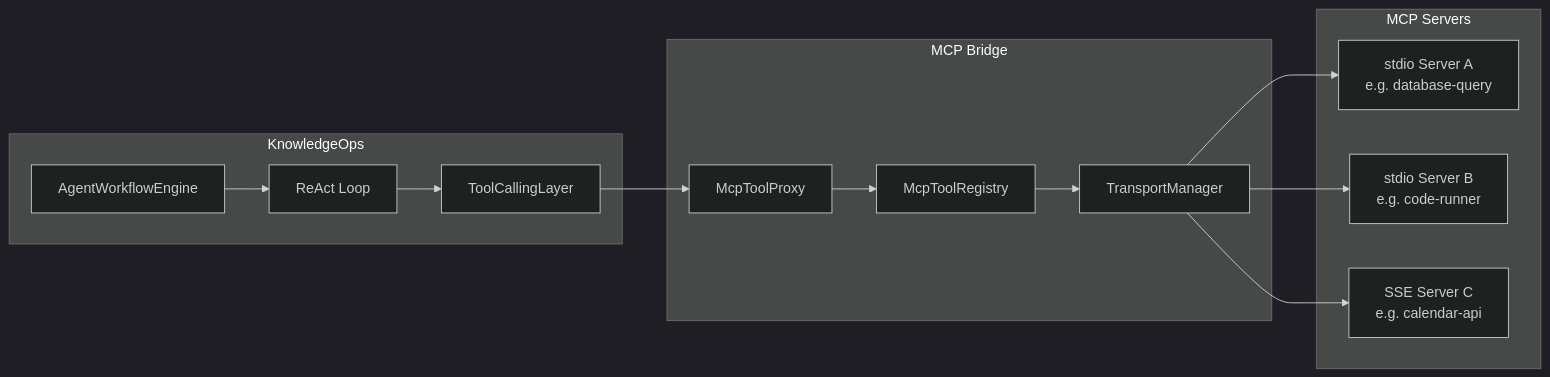
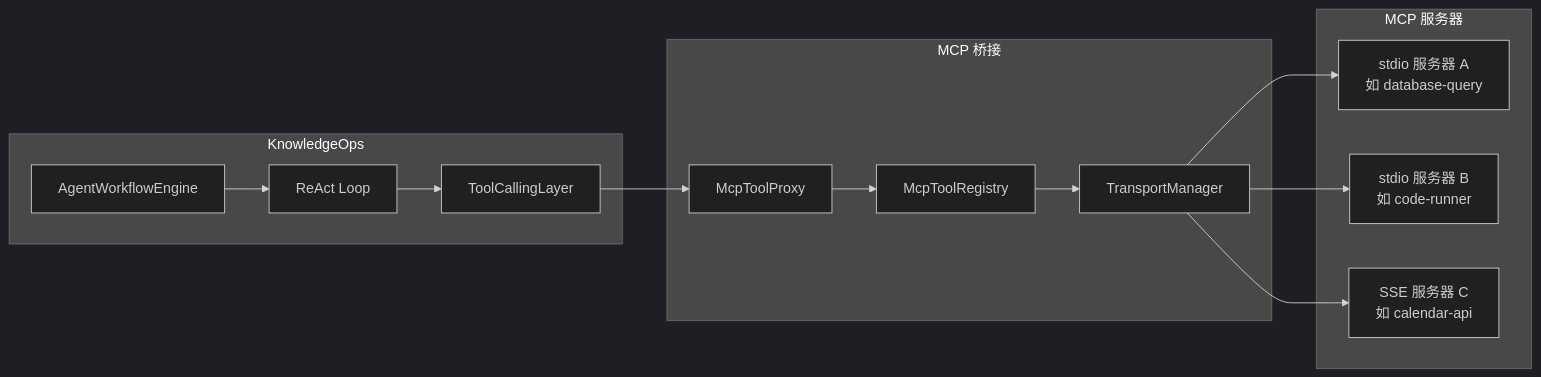
The first of 2 diagrams in docs/architecture-mcp-bridge.md (L1kugg/enterprise-agent-platform), drawn with Mermaid (dark theme) before and after one commit. The commit also changed 26 other files, not shown here.

````diff
--- a/docs/architecture-mcp-bridge.md
+++ b/docs/architecture-mcp-bridge.md
@@ -17,28 +17,28 @@
 ```mermaid
 flowchart LR
     subgraph KnowledgeOps
         AWE[AgentWorkflowEngine]
         TL[ToolCallingLayer]
         RL[ReAct Loop]
     end
 
-    subgraph MCP Bridge
+    subgraph BRIDGE[MCP 桥接]
         REG[McpToolRegistry]
         PROXY[McpToolProxy]
         TRANSPORT[TransportManager]
     end
 
-    subgraph MCP Servers
-        S1[stdio Server A<br/>e.g. database-query]
-        S2[stdio Server B<br/>e.g. code-runner]
-        S3[SSE Server C<br/>e.g. calendar-api]
+    subgraph SRV[MCP 服务器]
+        S1[stdio 服务器 A<br/>如 database-query]
+        S2[stdio 服务器 B<br/>如 code-runner]
+        S3[SSE 服务器 C<br/>如 calendar-api]
     end
 
     AWE --> RL --> TL
     TL --> PROXY
     PROXY --> REG
     REG --> TRANSPORT
     TRANSPORT --> S1
     TRANSPORT --> S2
     TRANSPORT --> S3
 ```
````
